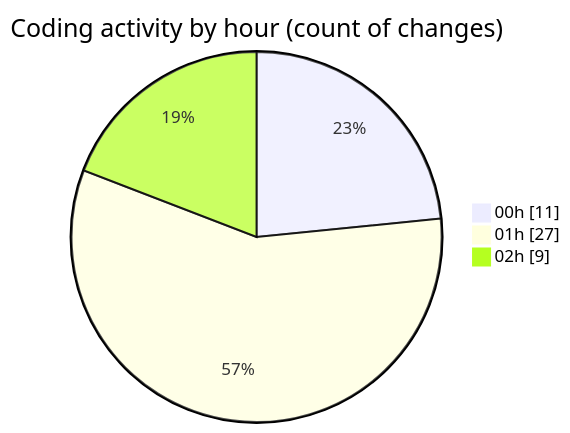
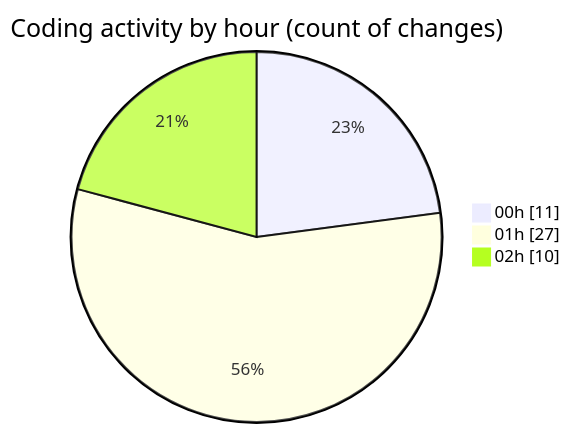
The second of 2 diagrams in 2025-01-02/mods/README.md (3Nya3/code-tracking), drawn with Mermaid before and after one commit. The commit also changed other lines of this file and 1 other file, not shown here.

````diff
--- a/2025-01-02/mods/README.md
+++ b/2025-01-02/mods/README.md
@@ -31,7 +31,7 @@
 ```mermaid
 pie showData
 title Coding activity by hour (count of changes)
 "00h" : 11
 "01h" : 27
-"02h" : 9
+"02h" : 10
 ```
````
